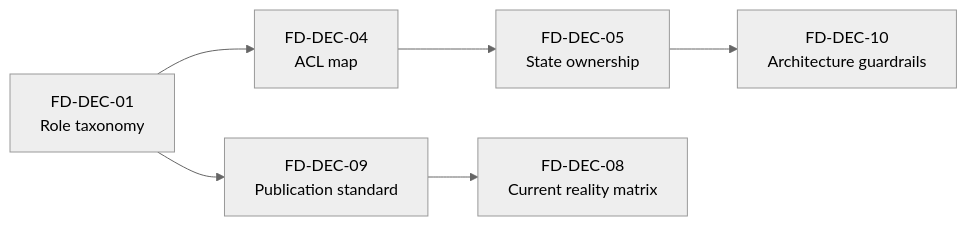
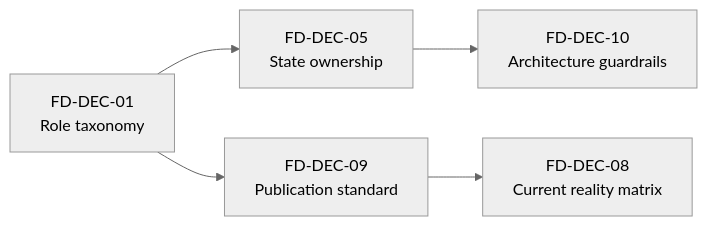
Before and after one commit to dunay2/dvt: the diagram in docs/architecture/frontend/review/frontend-coverage-map-and-open-decision-register.md, drawn with Mermaid (neutral theme). The commit also changed other lines of this file and 5 other files, not shown here.

Commit message:
docs(docs): Publish frontend ACL ownership map

````diff
--- a/docs/architecture/frontend/review/frontend-coverage-map-and-open-decision-register.md
+++ b/docs/architecture/frontend/review/frontend-coverage-map-and-open-decision-register.md
@@ -224,14 +223,12 @@
 ```mermaid
 flowchart LR
     D1[FD-DEC-01
-Role taxonomy] --> D4[FD-DEC-04
-ACL map]
-    D4 --> D5
+Role taxonomy] --> D5
     D5[FD-DEC-05
 State ownership] --> D6[FD-DEC-10
 Architecture guardrails]
     D1 --> D7[FD-DEC-09
 Publication standard]
     D7 --> D8[FD-DEC-08
 Current reality matrix]
 ```
````
